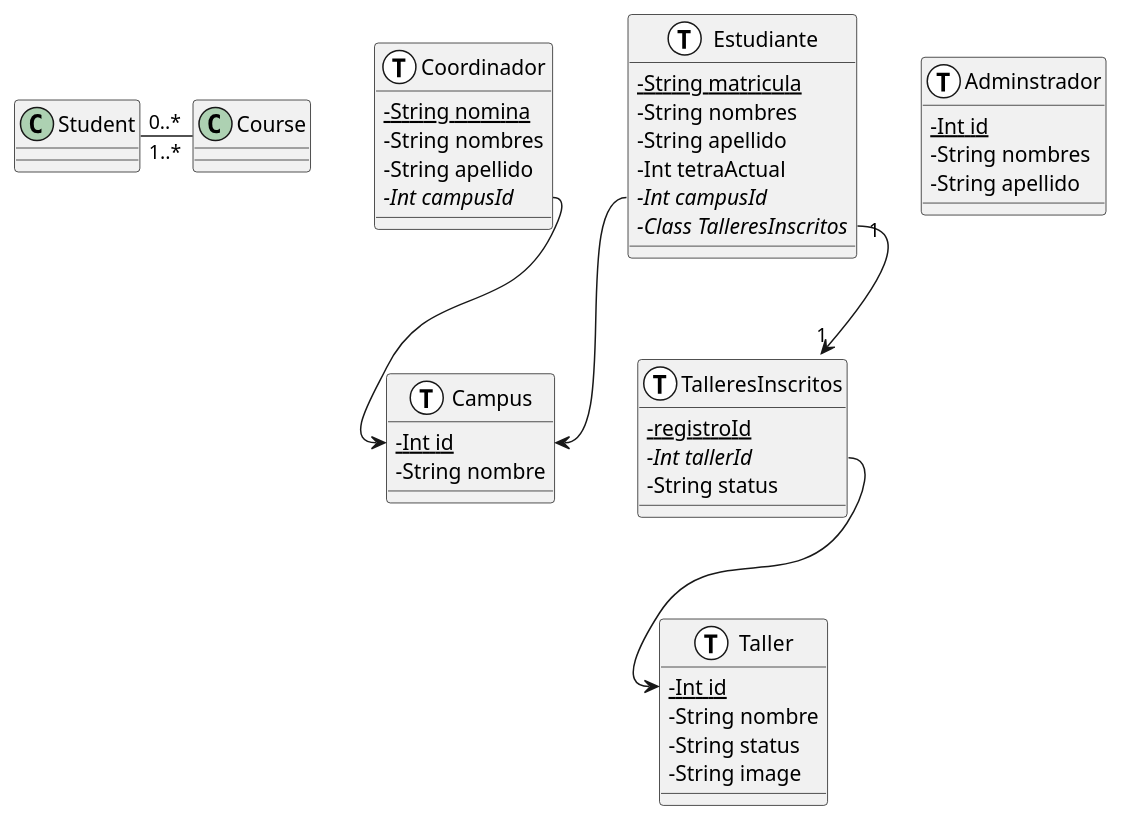
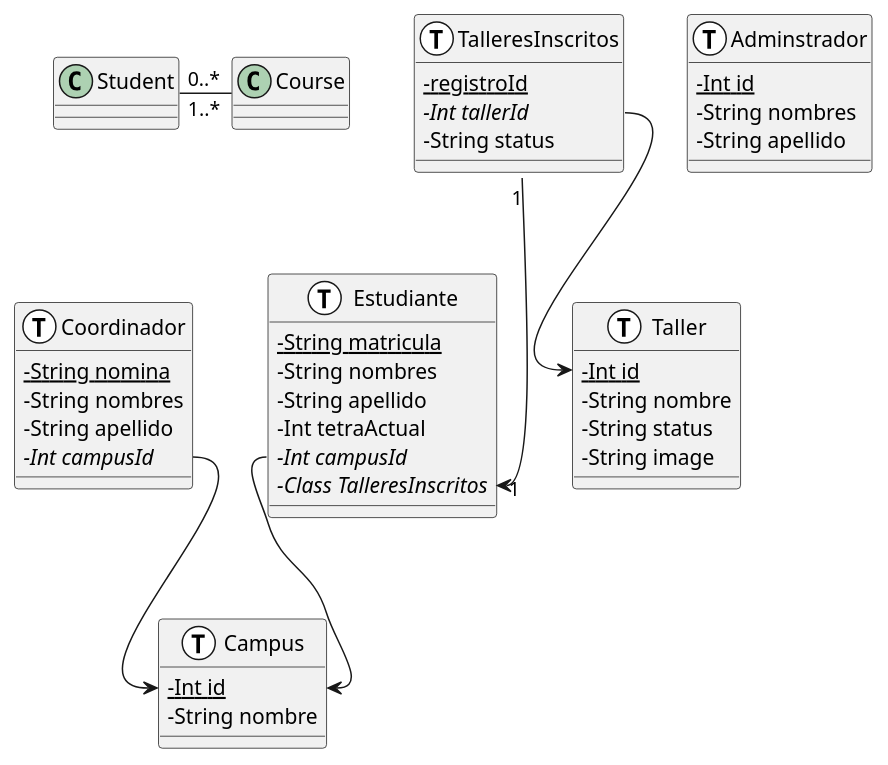
Before and after one commit to facund015/codeRelatedObsidianNotes: the diagram in Reto/Base de datos.md, drawn with PlantUML.

Commit message:
vault backup: 2021-10-12 12:37:08

````diff
--- a/Reto/Base de datos.md
+++ b/Reto/Base de datos.md
@@ -2,54 +2,54 @@
 ```plantuml
 @startuml
 skinparam classAttributeIconSize 0
 class Estudiante <<(T,white)>> {
 	{static} - String matricula
 	-String nombres
 	-String apellido
 	-Int tetraActual
 	{abstract} -Int campusId
 	{abstract} -Class TalleresInscritos
 }
 
 class Campus <<(T,white)>> {
 	{static} -Int id
 	-String nombre
 }
 
 class TalleresInscritos <<(T,white)>> {
 	{static} -registroId 
 	{abstract} -Int tallerId
 	-String status
 }
 
 class Coordinador <<(T,white)>> {
 	{static} -String nomina
 	-String nombres
 	-String apellido
 	{abstract} -Int campusId
 }
 
 class Taller <<(T,white)>> {
     {static} -Int id 
     - String nombre
     - String status
     - String image
 }
 
 
 class Adminstrador <<(T,white)>> {
 	{static} -Int id
 	-String nombres
 	-String apellido
 }
 
 
 Student "0..*" - "1..*" Course
 
-Estudiante::TalleresInscritos "1" --> "1" TalleresInscritos
+TalleresInscritos "1" --> "1" Estudiante::TalleresInscritos
 TalleresInscritos::tallerId --> Taller::id
 Estudiante::campusId --> Campus::id
 Coordinador::campusId --> Campus::id 
 
 @enduml
 ```
````
